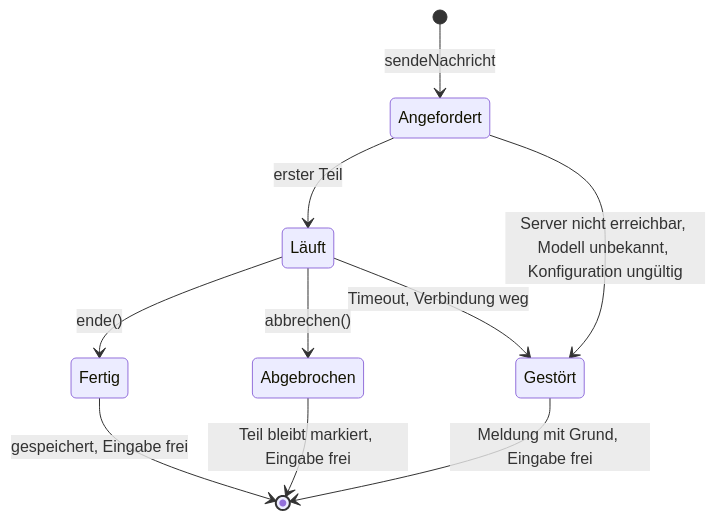
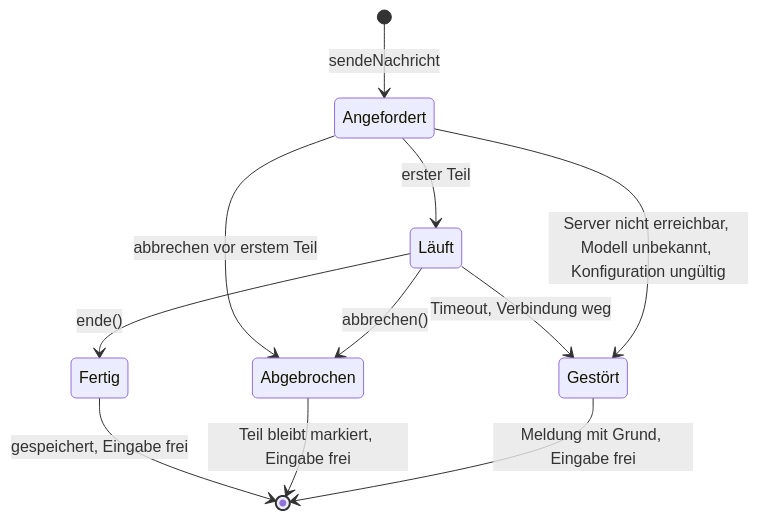
Before and after one commit to thedmo/CustomLocalAiFront: the second of 2 diagrams in agent/Use_Cases.md, drawn with Mermaid. The commit also changed 19 other files, not shown here.

Commit message:
Vorberereitungen vor erstem UseCase

````diff
--- a/agent/Use_Cases.md
+++ b/agent/Use_Cases.md
@@ -120,17 +120,18 @@
 ```mermaid
 stateDiagram-v2
     state "Angefordert" as A
     state "Läuft" as L
     state "Fertig" as F
     state "Abgebrochen" as X
     state "Gestört" as G
     [*] --> A : sendeNachricht
     A --> L : erster Teil
+    A --> X : abbrechen vor erstem Teil
     L --> F : ende()
     L --> X : abbrechen()
     L --> G : Timeout, Verbindung weg
     A --> G : Server nicht erreichbar, Modell unbekannt, Konfiguration ungültig
     F --> [*] : gespeichert, Eingabe frei
     X --> [*] : Teil bleibt markiert, Eingabe frei
     G --> [*] : Meldung mit Grund, Eingabe frei
 ```
````
